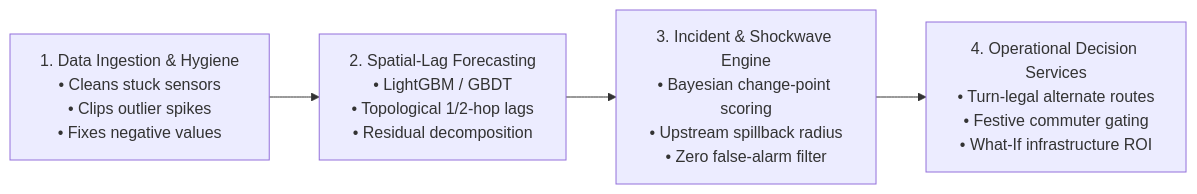
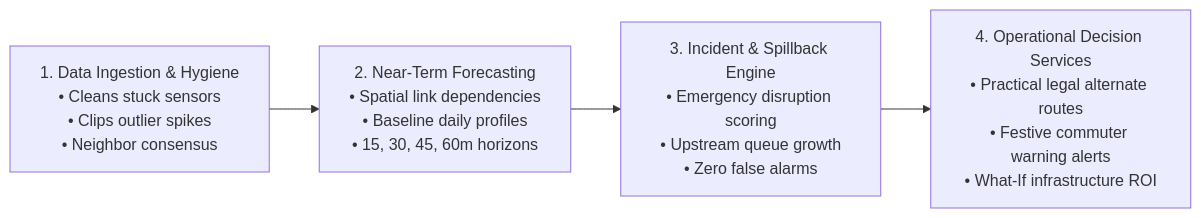
The diagram in README.md (Jiteshreddy123/Gatimarg), drawn with Mermaid before and after one commit. The commit also changed other lines of this file and 2 other files, not shown here.

Commit message:
docs: generalize methodological approach to end-to-end practical project workflow without specific algorithm dependencies

````diff
--- a/README.md
+++ b/README.md
@@ -89,6 +89,6 @@
 ```mermaid
 flowchart LR
-    A["1. Data Ingestion & Hygiene\n• Cleans stuck sensors\n• Clips outlier spikes\n• Fixes negative values"] --> B["2. Spatial-Lag Forecasting\n• LightGBM / GBDT\n• Topological 1/2-hop lags\n• Residual decomposition"]
-    B --> C["3. Incident & Shockwave Engine\n• Bayesian change-point scoring\n• Upstream spillback radius\n• Zero false-alarm filter"]
-    C --> D["4. Operational Decision Services\n• Turn-legal alternate routes\n• Festive commuter gating\n• What-If infrastructure ROI"]
+    A["1. Data Ingestion & Hygiene\n• Cleans stuck sensors\n• Clips outlier spikes\n• Neighbor consensus"] --> B["2. Near-Term Forecasting\n• Spatial link dependencies\n• Baseline daily profiles\n• 15, 30, 45, 60m horizons"]
+    B --> C["3. Incident & Spillback Engine\n• Emergency disruption scoring\n• Upstream queue growth\n• Zero false alarms"]
+    C --> D["4. Operational Decision Services\n• Practical legal alternate routes\n• Festive commuter warning alerts\n• What-If infrastructure ROI"]
 ```
````
